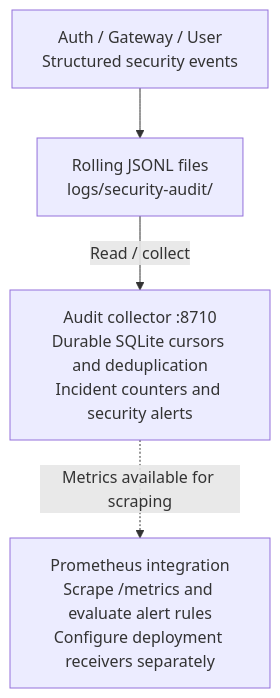
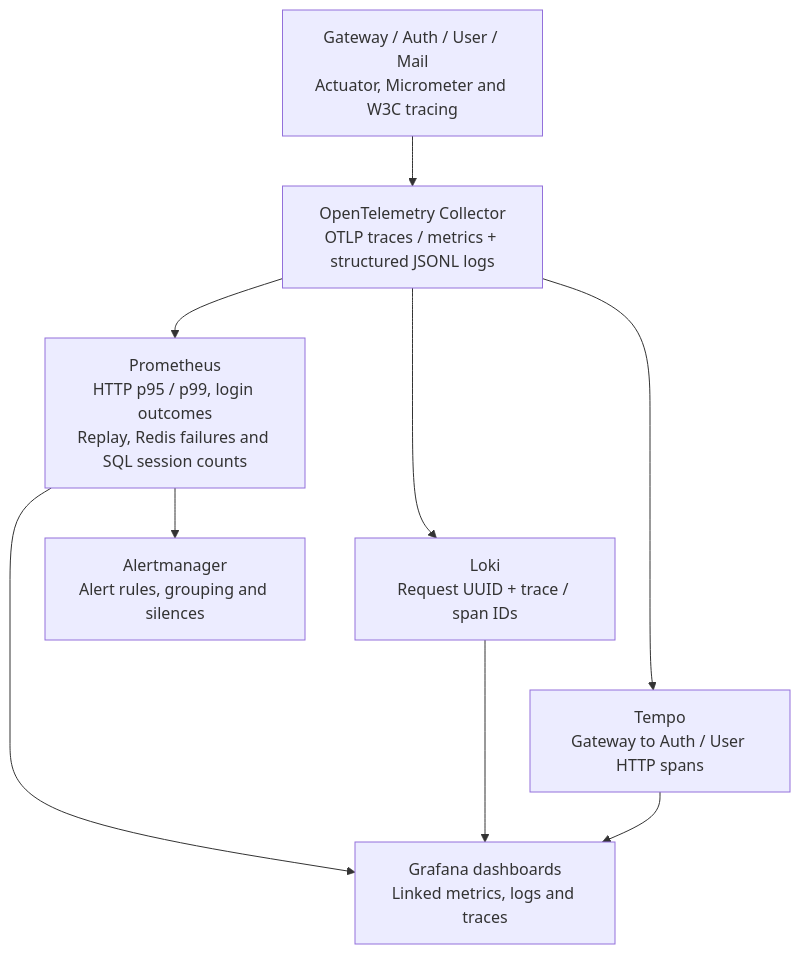
The third of 5 diagrams in README.md (Sanglm2207/hybrid-auth-platform), drawn with Mermaid before and after one commit. The commit also changed other lines of this file and 18 other files, not shown here.

Commit message:
feat(monitoring): provision P5 dashboards alerting and verification

````diff
--- a/README.md
+++ b/README.md
@@ -84,10 +86,20 @@
 ```mermaid
 flowchart TB
-    events["Auth / Gateway / User<br/>Structured security events"]
-    files["Rolling JSONL files<br/>logs/security-audit/"]
-    collector["Audit collector :8710<br/>Durable SQLite cursors and deduplication<br/>Incident counters and security alerts"]
-    monitoring["Prometheus integration<br/>Scrape /metrics and evaluate alert rules<br/>Configure deployment receivers separately"]
-    events --> files
-    files -->|"Read / collect"| collector
-    collector -.->|"Metrics available for scraping"| monitoring
+    services["Gateway / Auth / User / Mail<br/>Actuator, Micrometer and W3C tracing"]
+    collector["OpenTelemetry Collector<br/>OTLP traces / metrics + structured JSONL logs"]
+    metrics["Prometheus<br/>HTTP p95 / p99, login outcomes<br/>Replay, Redis failures and SQL session counts"]
+    logs["Loki<br/>Request UUID + trace / span IDs"]
+    traces["Tempo<br/>Gateway to Auth / User HTTP spans"]
+    grafana["Grafana dashboards<br/>Linked metrics, logs and traces"]
+    alerts["Alertmanager<br/>Alert rules, grouping and silences"]
+    services --> collector
+    collector --> metrics
+    collector --> logs
+    collector --> traces
+    metrics ~~~ logs
+    logs ~~~ traces
+    metrics --> grafana
+    logs --> grafana
+    traces --> grafana
+    metrics --> alerts
 ```
````
